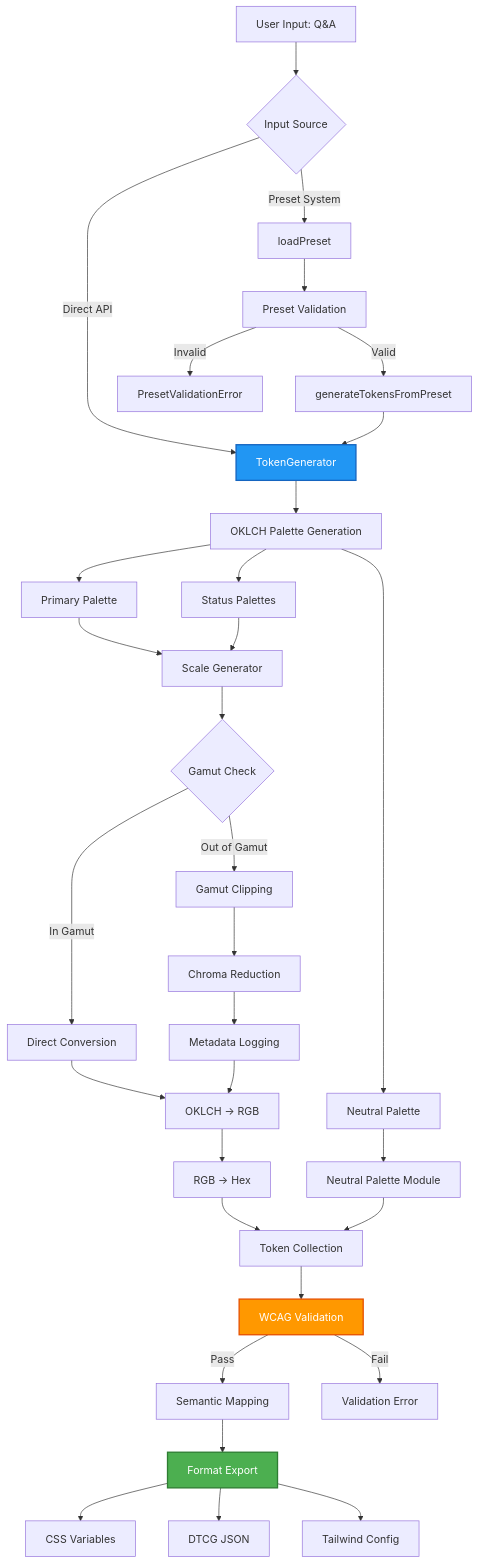
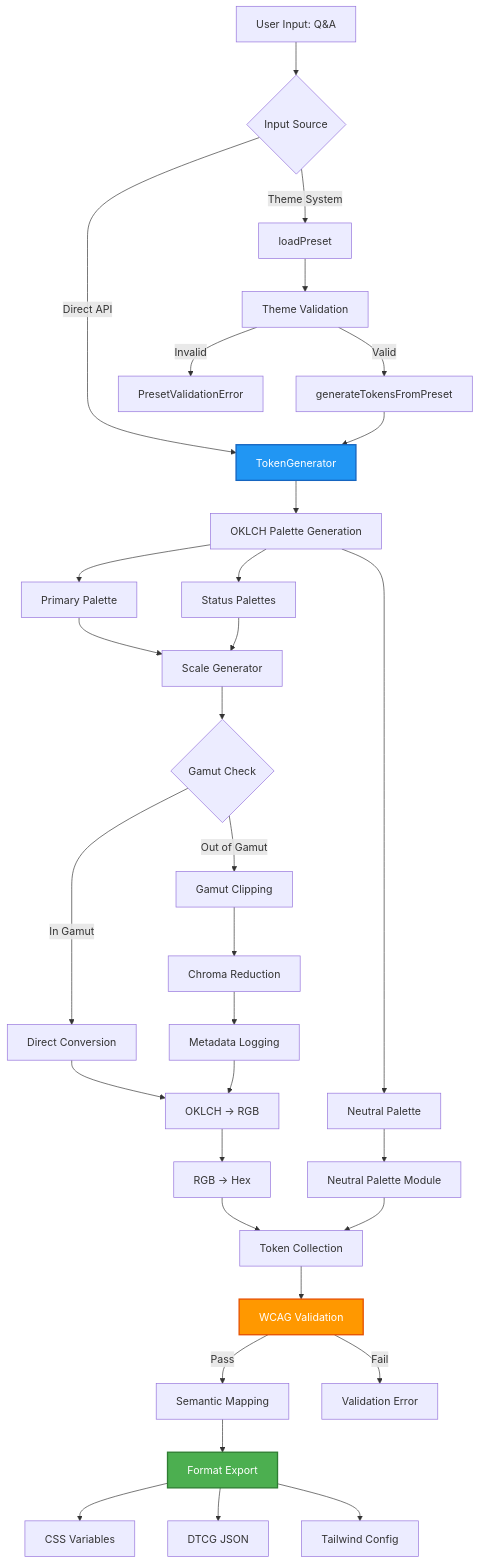
Before and after one commit to soo-kate-yeon/framingui: the third of 7 diagrams in docs/architecture/README.md, drawn with Mermaid. The commit also changed other lines of this file and 301 other files, not shown here.

First line of the commit message:
refactor: rename preset→theme, archetype→component across codebase

````diff
--- a/docs/architecture/README.md
+++ b/docs/architecture/README.md
@@ -150,50 +150,50 @@
 ```mermaid
 flowchart TD
     A[User Input: Q&A] --> B{Input Source}
     B -->|Direct API| C[TokenGenerator]
-    B -->|Preset System| D[loadPreset]
+    B -->|Theme System| D[loadPreset]
 
-    D --> E[Preset Validation]
+    D --> E[Theme Validation]
     E -->|Valid| F[generateTokensFromPreset]
     E -->|Invalid| G[PresetValidationError]
 
     F --> C
     C --> H[OKLCH Palette Generation]
 
     H --> I[Primary Palette]
     H --> J[Neutral Palette]
     H --> K[Status Palettes]
 
     I --> L[Scale Generator]
     J --> M[Neutral Palette Module]
     K --> L
 
     L --> N{Gamut Check}
     N -->|In Gamut| O[Direct Conversion]
     N -->|Out of Gamut| P[Gamut Clipping]
 
     P --> Q[Chroma Reduction]
     Q --> R[Metadata Logging]
 
     O --> S[OKLCH → RGB]
     R --> S
 
     S --> T[RGB → Hex]
     T --> U[Token Collection]
 
     M --> U
 
     U --> V[WCAG Validation]
     V -->|Pass| W[Semantic Mapping]
     V -->|Fail| X[Validation Error]
 
     W --> Y[Format Export]
 
     Y --> Z1[CSS Variables]
     Y --> Z2[DTCG JSON]
     Y --> Z3[Tailwind Config]
 
     style C fill:#2196F3,stroke:#1565C0,stroke-width:2px,color:#fff
     style V fill:#FF9800,stroke:#E65100,stroke-width:2px,color:#fff
     style Y fill:#4CAF50,stroke:#2E7D32,stroke-width:2px,color:#fff
 ```
````
